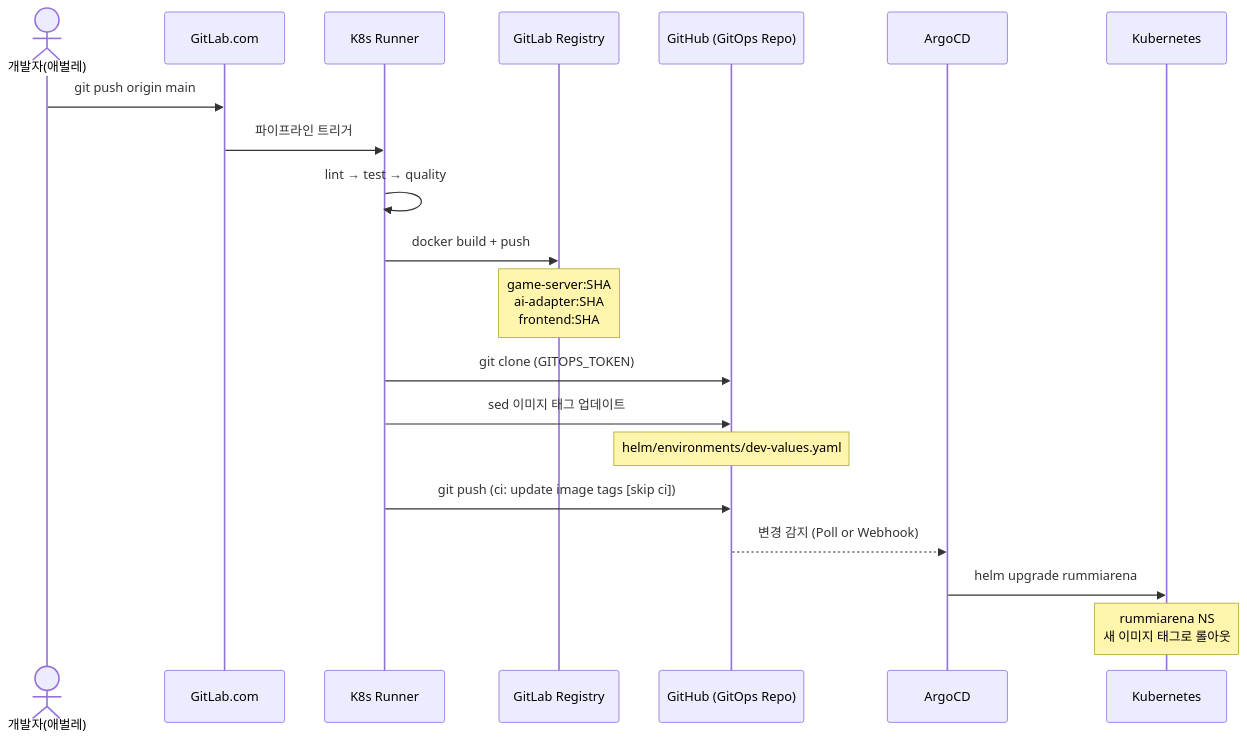
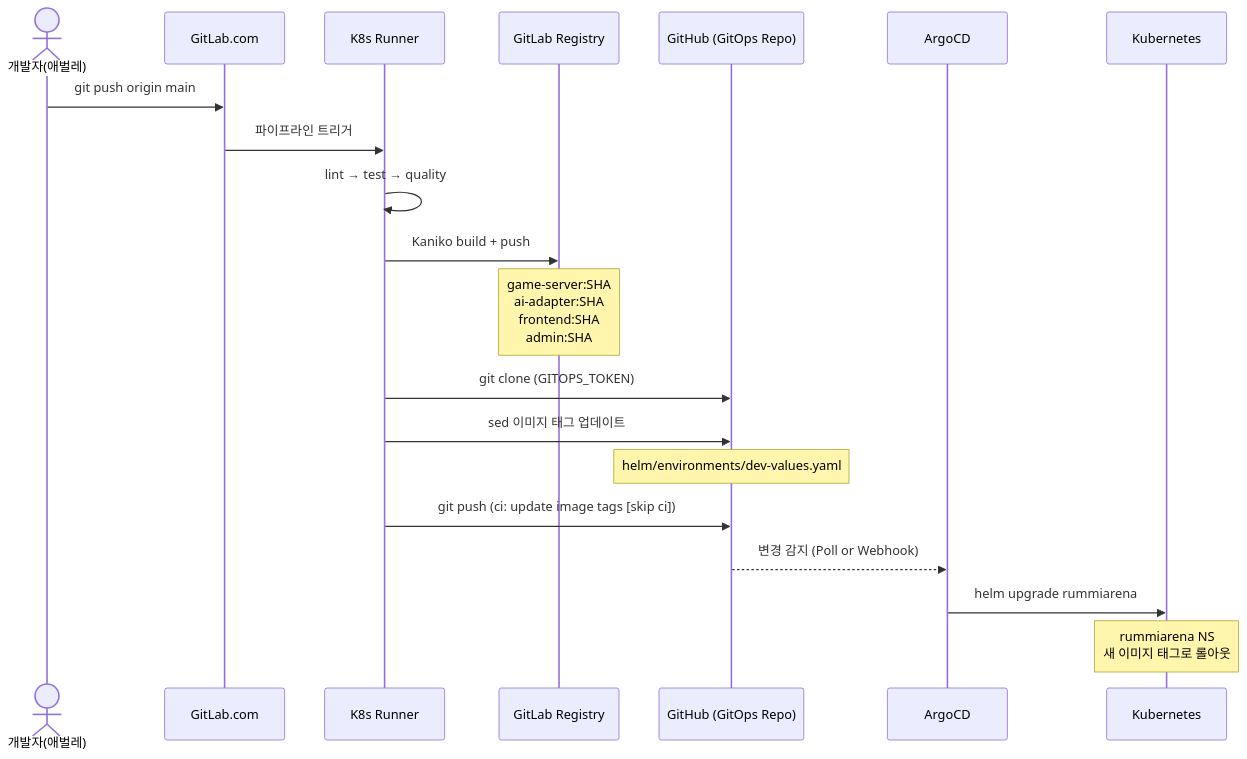
The sixth of 7 diagrams in docs/03-development/11-devsecops-cicd-guide.md (k82022603/RummiArena), drawn with Mermaid before and after one commit. The commit also changed other lines of this file and 15 other files, not shown here.

````diff
--- a/docs/03-development/11-devsecops-cicd-guide.md
+++ b/docs/03-development/11-devsecops-cicd-guide.md
@@ -554,23 +625,23 @@
 ```mermaid
 sequenceDiagram
     actor Dev as 개발자(애벌레)
     participant GL as GitLab.com
     participant Runner as K8s Runner
     participant Reg as GitLab Registry
     participant GH as GitHub (GitOps Repo)
     participant Argo as ArgoCD
     participant K8s as Kubernetes
 
     Dev->>GL: git push origin main
     GL->>Runner: 파이프라인 트리거
     Runner->>Runner: lint → test → quality
-    Runner->>Reg: docker build + push
-    Note over Reg: game-server:SHA<br/>ai-adapter:SHA<br/>frontend:SHA
+    Runner->>Reg: Kaniko build + push
+    Note over Reg: game-server:SHA<br/>ai-adapter:SHA<br/>frontend:SHA<br/>admin:SHA
     Runner->>GH: git clone (GITOPS_TOKEN)
     Runner->>GH: sed 이미지 태그 업데이트
     Note over GH: helm/environments/dev-values.yaml
     Runner->>GH: git push (ci: update image tags [skip ci])
     GH-->>Argo: 변경 감지 (Poll or Webhook)
     Argo->>K8s: helm upgrade rummiarena
     Note over K8s: rummiarena NS<br/>새 이미지 태그로 롤아웃
 ```
````
